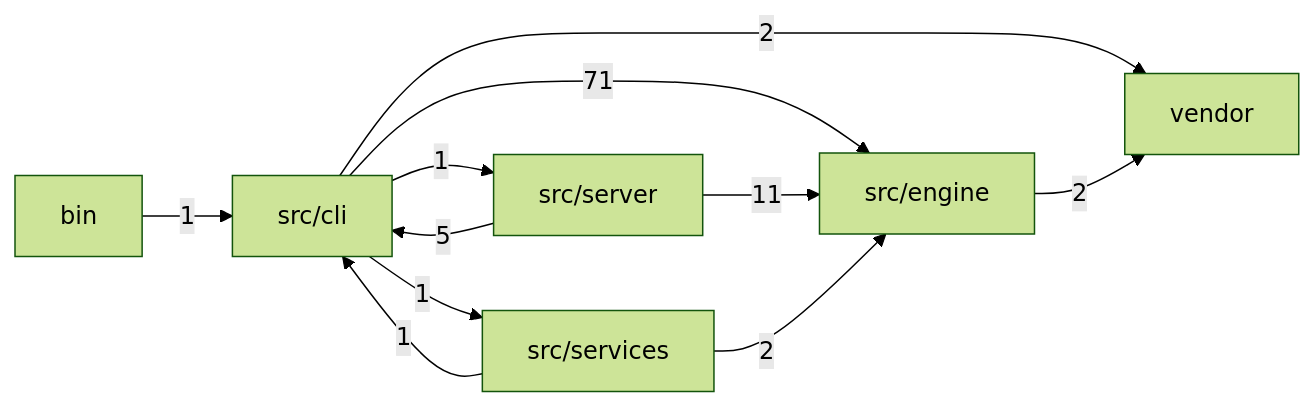
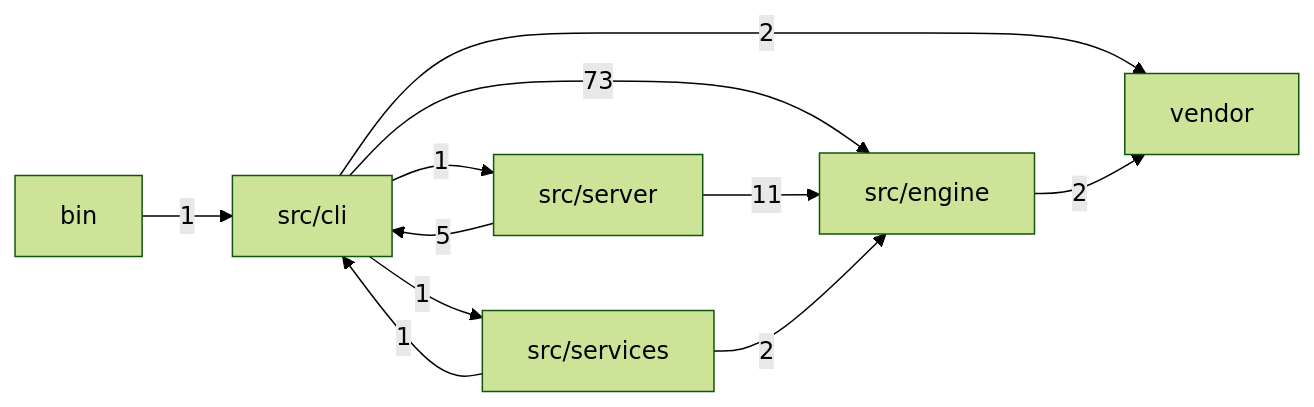
One commit to mgillr/memev changed the first of 2 diagrams in docs/MODULES.md. Above: the diagram before and after it, drawn with Mermaid (forest theme). The commit also changed other lines of this file and 4 other files, not shown here.

````diff
--- a/docs/MODULES.md
+++ b/docs/MODULES.md
@@ -11,19 +11,19 @@
 ```mermaid
 flowchart LR
   bin["bin"]
   cli["src/cli"]
   engine["src/engine"]
   server["src/server"]
   services["src/services"]
   vendor["vendor"]
   bin -->|"1"| cli
-  cli -->|"71"| engine
+  cli -->|"73"| engine
   cli -->|"1"| server
   cli -->|"1"| services
   cli -->|"2"| vendor
   engine -->|"2"| vendor
   server -->|"5"| cli
   server -->|"11"| engine
   services -->|"1"| cli
   services -->|"2"| engine
 ```
````
